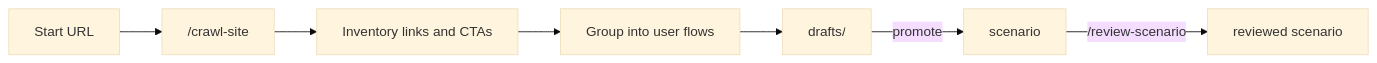
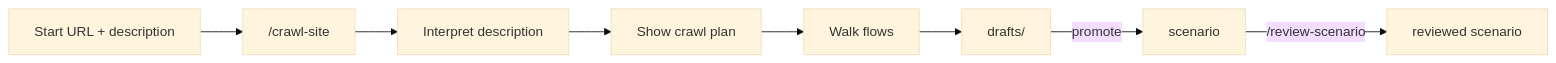
One commit to mattbobambrose/playwright-scenarios changed the fifth of 5 diagrams in website/playwright-scenarios/docs/workflow.md. Above: the diagram before and after it, drawn with Mermaid (base theme). The commit also changed other lines of this file and 15 other files, not shown here.

````diff
--- a/website/playwright-scenarios/docs/workflow.md
+++ b/website/playwright-scenarios/docs/workflow.md
@@ -111,9 +111,10 @@
 ``` mermaid
 graph LR
-    A[Start URL] --> B["/crawl-site"]
-    B --> C[Inventory links and CTAs]
-    C --> D[Group into user flows]
-    D --> E["drafts/"]
-    E -->|promote| F[scenario]
-    F -->|"/review-scenario"| G[reviewed scenario]
+    A[Start URL + description] --> B["/crawl-site"]
+    B --> C[Interpret description]
+    C --> D[Show crawl plan]
+    D --> E[Walk flows]
+    E --> F["drafts/"]
+    F -->|promote| G[scenario]
+    G -->|"/review-scenario"| H[reviewed scenario]
 ```
````
